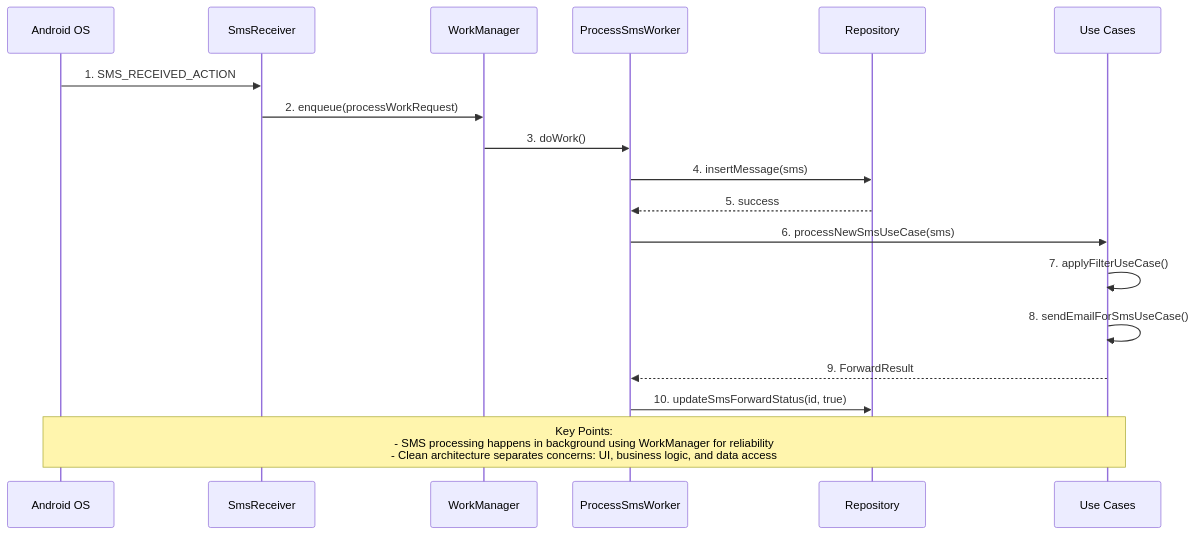
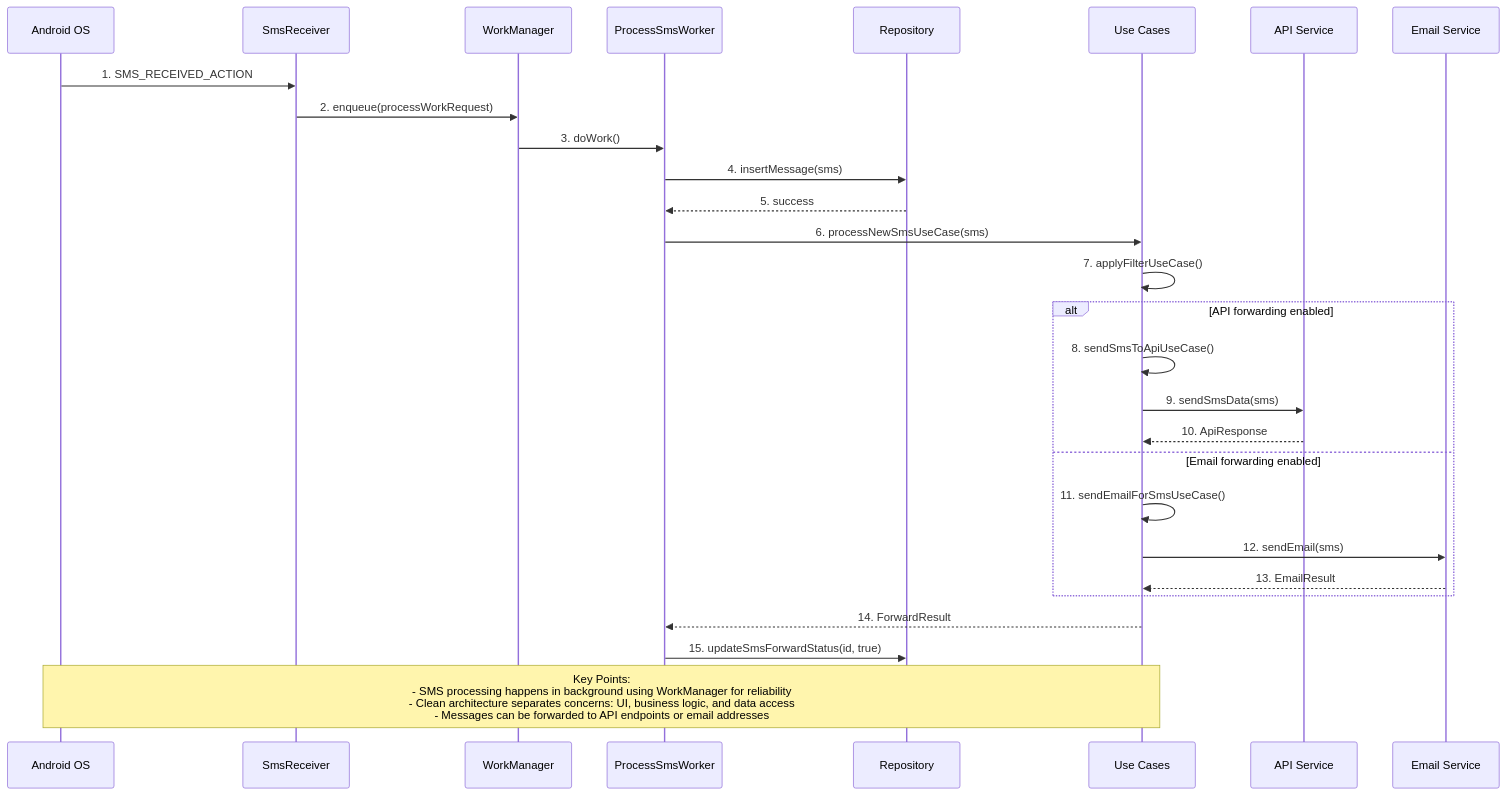
Before and after one commit to emrepbu/SMSGateway: the diagram in README.md, drawn with Mermaid. The commit also changed other lines of this file, not shown here.

First line of the commit message:
refactor: Update README for API integration feature

````diff
--- a/README.md
+++ b/README.md
@@ -52,22 +58,34 @@
 ```mermaid
 sequenceDiagram
-    participant OS as Android OS
-    participant SR as SmsReceiver
-    participant WM as WorkManager
-    participant PW as ProcessSmsWorker
-    participant Repo as Repository
-    participant UC as Use Cases
+  participant OS as Android OS
+  participant SR as SmsReceiver
+  participant WM as WorkManager
+  participant PW as ProcessSmsWorker
+  participant Repo as Repository
+  participant UC as Use Cases
+  participant API as API Service
+  participant Email as Email Service
 
-    OS->>SR: 1. SMS_RECEIVED_ACTION
-    SR->>WM: 2. enqueue(processWorkRequest)
-    WM->>PW: 3. doWork()
-    PW->>Repo: 4. insertMessage(sms)
-    Repo-->>PW: 5. success
-    PW->>UC: 6. processNewSmsUseCase(sms)
-    UC->>UC: 7. applyFilterUseCase()
-    UC->>UC: 8. sendEmailForSmsUseCase()
-    UC-->>PW: 9. ForwardResult
-    PW->>Repo: 10. updateSmsForwardStatus(id, true)
-    
-    Note over OS,UC: Key Points:<br/>- SMS processing happens in background using WorkManager for reliability<br/>- Clean architecture separates concerns: UI, business logic, and data access
+  OS->>SR: 1. SMS_RECEIVED_ACTION
+  SR->>WM: 2. enqueue(processWorkRequest)
+  WM->>PW: 3. doWork()
+  PW->>Repo: 4. insertMessage(sms)
+  Repo-->>PW: 5. success
+  PW->>UC: 6. processNewSmsUseCase(sms)
+  UC->>UC: 7. applyFilterUseCase()
+
+  alt API forwarding enabled
+    UC->>UC: 8. sendSmsToApiUseCase()
+    UC->>API: 9. sendSmsData(sms)
+    API-->>UC: 10. ApiResponse
+  else Email forwarding enabled
+    UC->>UC: 11. sendEmailForSmsUseCase()
+    UC->>Email: 12. sendEmail(sms)
+    Email-->>UC: 13. EmailResult
+  end
+
+  UC-->>PW: 14. ForwardResult
+  PW->>Repo: 15. updateSmsForwardStatus(id, true)
+
+  Note over OS,UC: Key Points:<br/>- SMS processing happens in background using WorkManager for reliability<br/>- Clean architecture separates concerns: UI, business logic, and data access<br/>- Messages can be forwarded to API endpoints or email addresses
 ```
````
